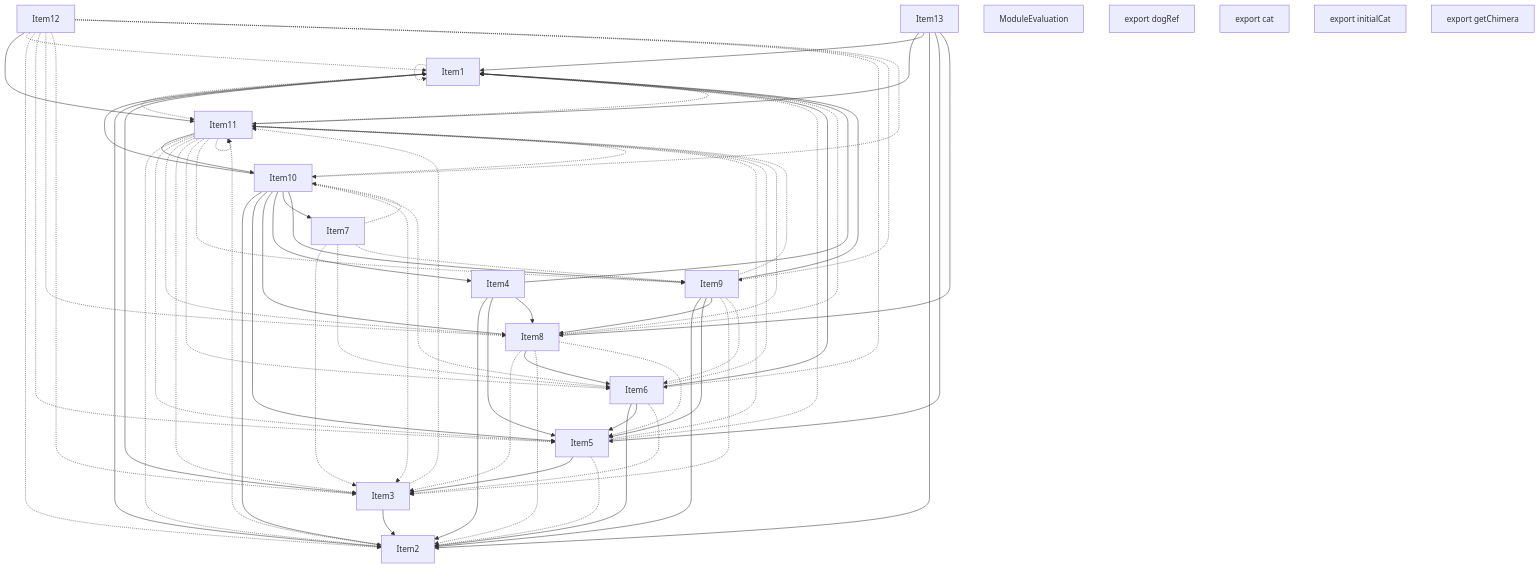
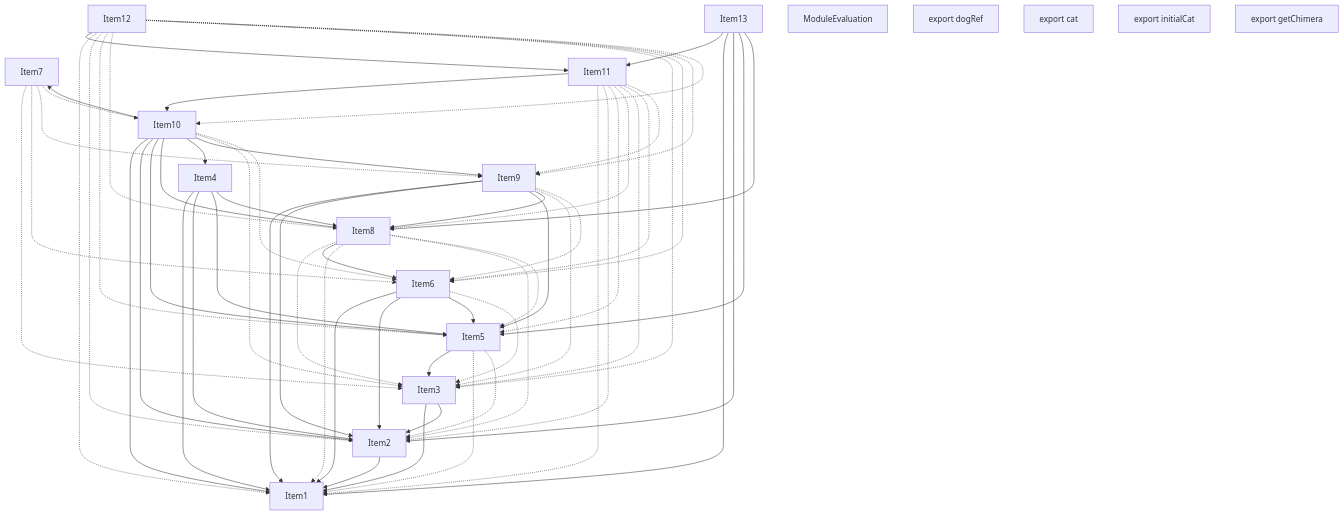
Before and after one commit to vercel/turborepo: the third of 4 diagrams in crates/turbopack-ecmascript/tests/tree-shaker/analyzer/complex/output.md, drawn with Mermaid. The commit also changed other lines of this file and 2 other files, not shown here.

```diff
--- a/crates/turbopack-ecmascript/tests/tree-shaker/analyzer/complex/output.md
+++ b/crates/turbopack-ecmascript/tests/tree-shaker/analyzer/complex/output.md
@@ -281,35 +271,27 @@
     Item17["export initialCat"];
     Item18;
     Item18["export getChimera"];
-    Item1 -.-> Item1;
-    Item1 -.-> Item11;
     Item2 --> Item1;
-    Item2 -.-> Item11;
     Item3 --> Item1;
     Item3 --> Item2;
-    Item3 -.-> Item11;
     Item5 --> Item3;
     Item5 -.-> Item1;
     Item5 -.-> Item2;
-    Item5 -.-> Item11;
     Item6 --> Item1;
     Item6 --> Item2;
     Item6 --> Item5;
     Item6 -.-> Item3;
-    Item6 -.-> Item11;
     Item8 -.-> Item3;
     Item8 --> Item6;
     Item8 -.-> Item1;
     Item8 -.-> Item2;
     Item8 -.-> Item5;
-    Item8 -.-> Item11;
     Item9 --> Item1;
     Item9 --> Item2;
     Item9 --> Item5;
     Item9 --> Item8;
     Item9 -.-> Item3;
     Item9 -.-> Item6;
-    Item9 -.-> Item11;
     Item10 --> Item1;
     Item10 --> Item2;
     Item10 --> Item5;
@@ -319,7 +301,6 @@
     Item10 --> Item9;
     Item10 -.-> Item3;
     Item10 -.-> Item6;
-    Item10 -.-> Item11;
     Item11 --> Item10;
     Item11 -.-> Item1;
     Item11 -.-> Item2;
@@ -328,7 +309,6 @@
     Item11 -.-> Item3;
     Item11 -.-> Item6;
     Item11 -.-> Item9;
-    Item11 -.-> Item11;
     Item12 --> Item11;
     Item12 -.-> Item1;
     Item12 -.-> Item2;
```
